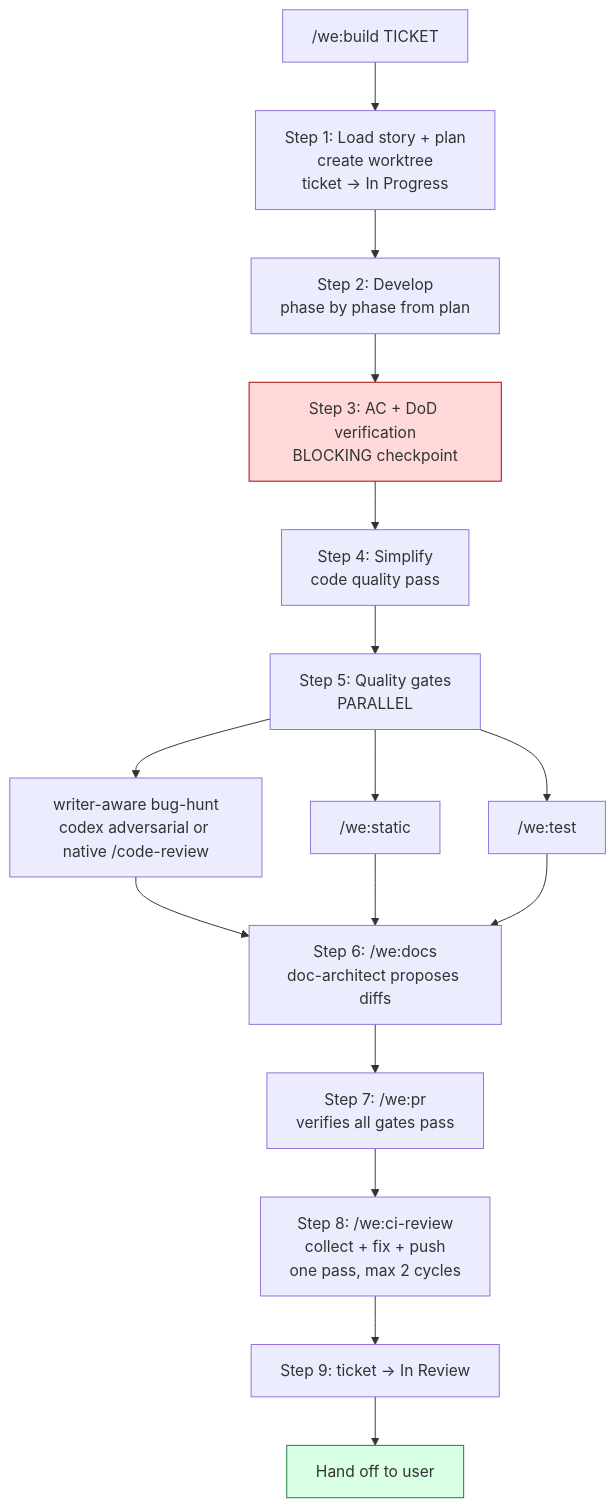
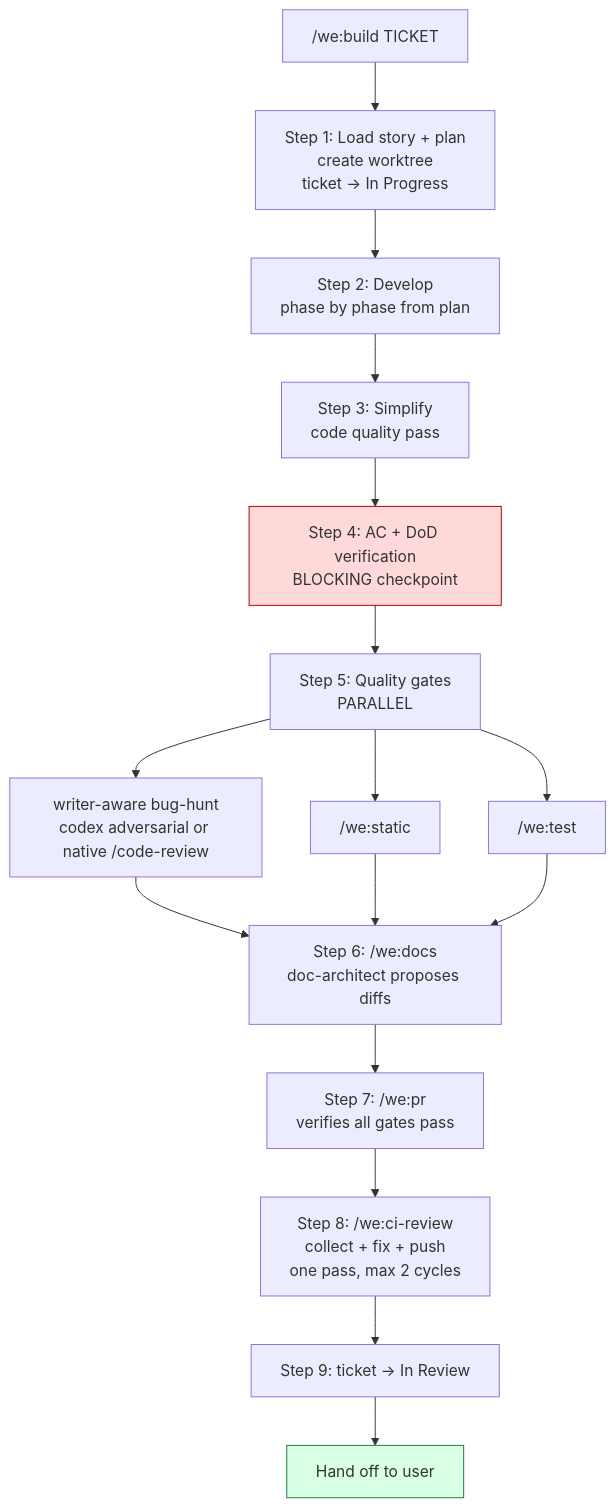
One commit to weside-ai/claude-code-plugin changed the second of 4 diagrams in docs/workflow.md. Above: the diagram before and after it, drawn with Mermaid. The commit also changed other lines of this file and 55 other files, not shown here.

````diff
--- a/docs/workflow.md
+++ b/docs/workflow.md
@@ -81,19 +81,19 @@
 ```mermaid
 flowchart TB
     Start["/we:build TICKET"] --> DoR[Step 1: Load story + plan<br/>create worktree<br/>ticket → In Progress]
     DoR --> Dev[Step 2: Develop<br/>phase by phase from plan]
-    Dev --> AC[Step 3: AC + DoD verification<br/>BLOCKING checkpoint]
-    AC --> Simp[Step 4: Simplify<br/>code quality pass]
-    Simp --> Gates[Step 5: Quality gates<br/>PARALLEL]
+    Dev --> Simp[Step 3: Simplify<br/>code quality pass]
+    Simp --> AC[Step 4: AC + DoD verification<br/>BLOCKING checkpoint]
+    AC --> Gates[Step 5: Quality gates<br/>PARALLEL]
     Gates --> Review["writer-aware bug-hunt<br/>codex adversarial or native /code-review"]
     Gates --> Static["/we:static"]
     Gates --> Test["/we:test"]
     Review & Static & Test --> Docs[Step 6: /we:docs<br/>doc-architect proposes diffs]
     Docs --> PR[Step 7: /we:pr<br/>verifies all gates pass]
     PR --> CI[Step 8: /we:ci-review<br/>collect + fix + push<br/>one pass, max 2 cycles]
     CI --> Verify[Step 9: ticket → In Review]
     Verify --> Hand[Hand off to user]
 
     style AC fill:#ffd9d9,stroke:#aa0000
     style Hand fill:#d9ffe5,stroke:#1a7a3c
 ```
````
